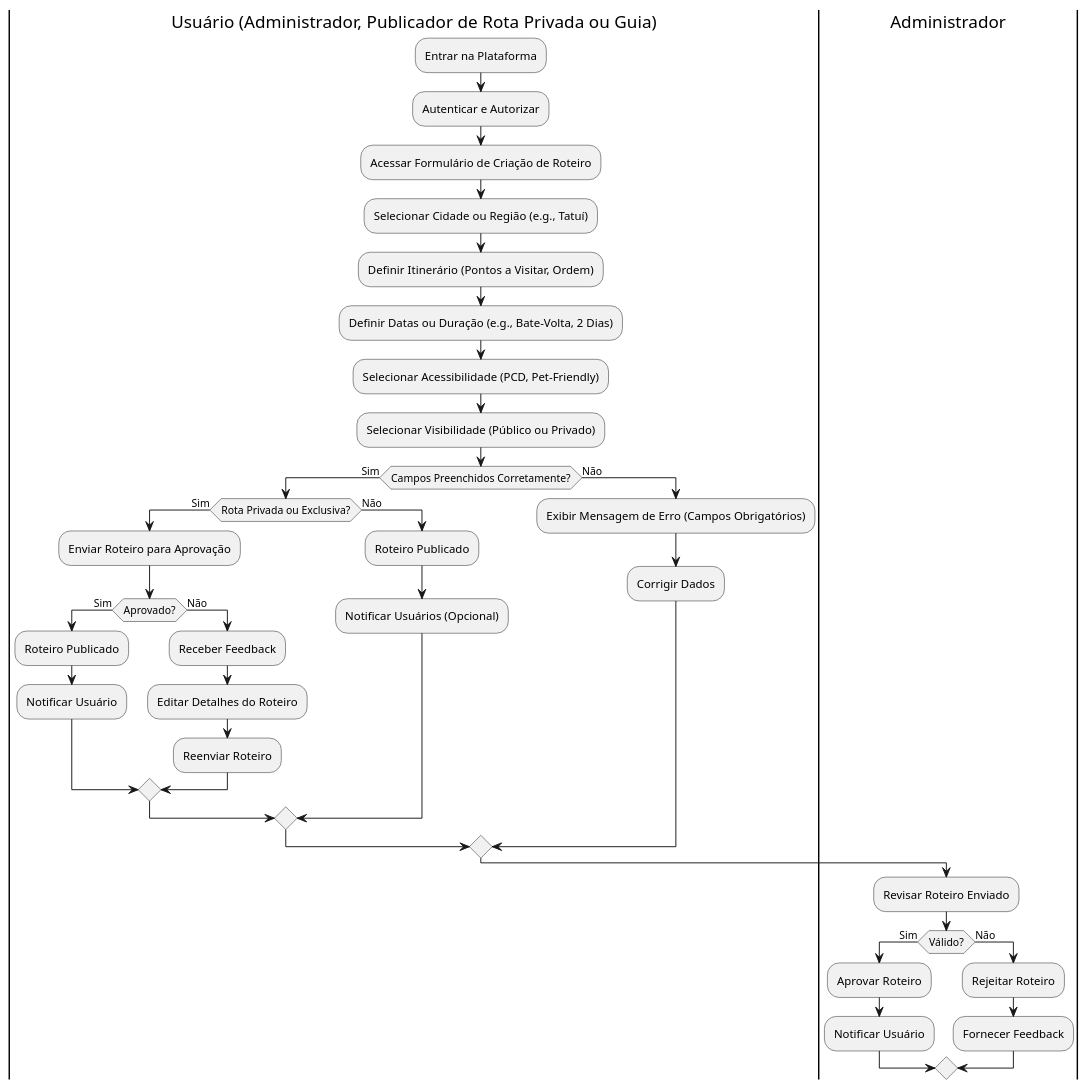
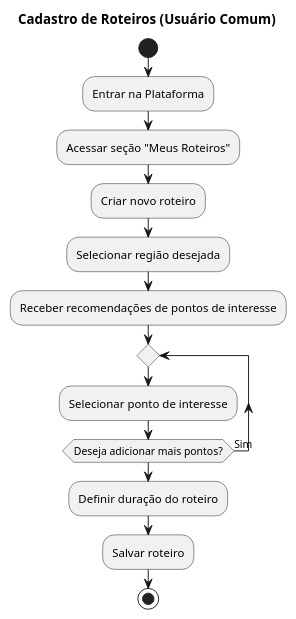
One commit to FateCoders/tripmaker-documentation changed the diagram in diagrams/atividades/cadastrar_roteiro.puml. Above: the diagram before and after it, drawn with PlantUML. The commit also changed 6 other files, not shown here.

Commit message:
📝Finalizando o desenvolviemtno de diagramas de atividade

```diff
--- a/diagrams/atividades/cadastrar_roteiro.puml
+++ b/diagrams/atividades/cadastrar_roteiro.puml
@@ -1,43 +1,23 @@
 @startuml
+title Cadastro de Roteiros (Usuário Comum)
 skinparam monochrome true
 
-|Usuário (Administrador, Publicador de Rota Privada ou Guia)|
+|Usuário Comum|
+start
+
 :Entrar na Plataforma;
-:Autenticar e Autorizar;
-:Acessar Formulário de Criação de Roteiro;
-:Selecionar Cidade ou Região (e.g., Tatuí);
-:Definir Itinerário (Pontos a Visitar, Ordem);
-:Definir Datas ou Duração (e.g., Bate-Volta, 2 Dias);
-:Selecionar Acessibilidade (PCD, Pet-Friendly);
-:Selecionar Visibilidade (Público ou Privado);
-if (Campos Preenchidos Corretamente?) then (Sim)
-    if (Rota Privada ou Exclusiva?) then (Sim)
-        :Enviar Roteiro para Aprovação;
-        if (Aprovado?) then (Sim)
-            :Roteiro Publicado;
-            :Notificar Usuário;
-        else (Não)
-            :Receber Feedback;
-            :Editar Detalhes do Roteiro;
-            :Reenviar Roteiro;
-        endif
-    else (Não)
-        :Roteiro Publicado;
-        :Notificar Usuários (Opcional);
-    endif
-else (Não)
-    :Exibir Mensagem de Erro (Campos Obrigatórios);
-    :Corrigir Dados;
-endif
+:Acessar seção "Meus Roteiros";
+:Criar novo roteiro;
+:Selecionar região desejada;
+:Receber recomendações de pontos de interesse;
 
-|Administrador|
-:Revisar Roteiro Enviado;
-if (Válido?) then (Sim)
-    :Aprovar Roteiro;
-    :Notificar Usuário;
-else (Não)
-    :Rejeitar Roteiro;
-    :Fornecer Feedback;
-endif
+repeat
+  :Selecionar ponto de interesse;
+repeat while (Deseja adicionar mais pontos?) is (Sim)
 
+:Definir duração do roteiro;
+
+:Salvar roteiro;
+
+stop
 @enduml
```
